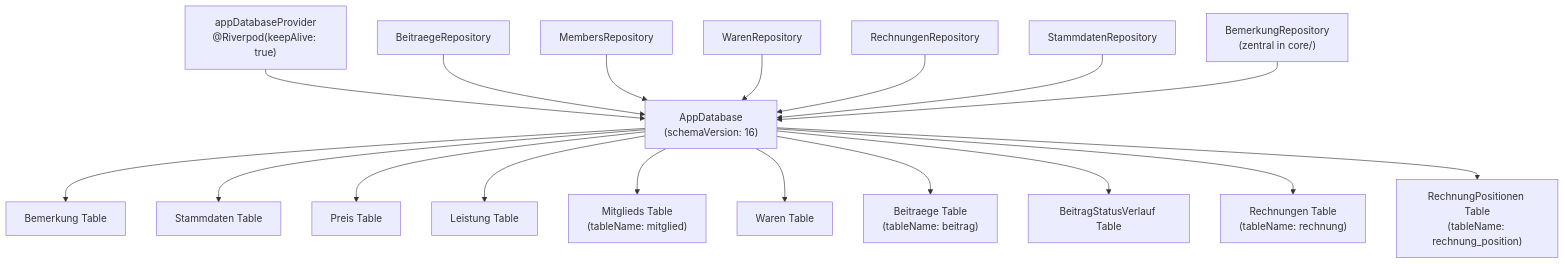
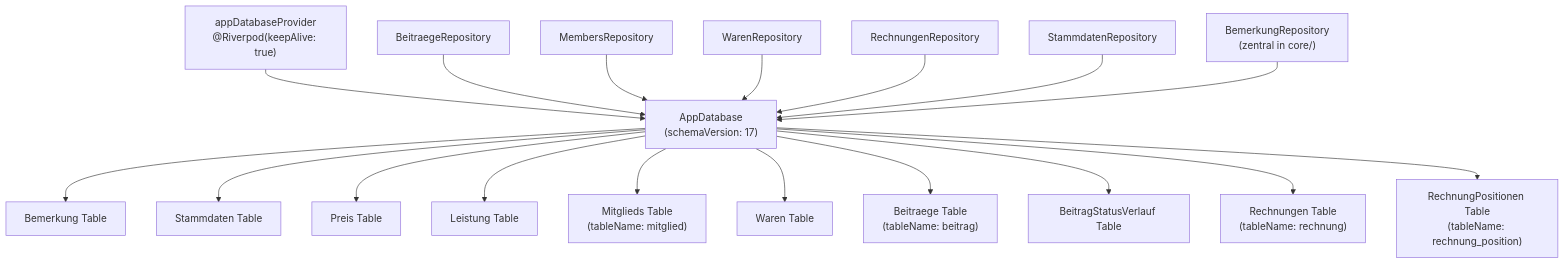
The third of 6 diagrams in plans/architektur-analyse.md (von-Platen-IT/clupdata), drawn with Mermaid before and after one commit. The commit also changed other lines of this file and 15 other files, not shown here.

````diff
--- a/plans/architektur-analyse.md
+++ b/plans/architektur-analyse.md
@@ -318,31 +330,31 @@
 ```mermaid
 flowchart TD
-    AppDB["AppDatabase<br/>(schemaVersion: 16)"]
+    AppDB["AppDatabase<br/>(schemaVersion: 17)"]
     AppDB --> BemerkungT["Bemerkung Table"]
     AppDB --> StammdatenT["Stammdaten Table"]
     AppDB --> PreisT["Preis Table"]
     AppDB --> LeistungT["Leistung Table"]
     AppDB --> MitgliedT["Mitglieds Table<br/>(tableName: mitglied)"]
     AppDB --> WarenT["Waren Table"]
     AppDB --> BeitraegeT["Beitraege Table<br/>(tableName: beitrag)"]
     AppDB --> BSVT["BeitragStatusVerlauf Table"]
     AppDB --> RechnungenT["Rechnungen Table<br/>(tableName: rechnung)"]
     AppDB --> RPT["RechnungPositionen Table<br/>(tableName: rechnung_position)"]
 
     DBProvider["appDatabaseProvider<br/>@Riverpod(keepAlive: true)"]
     DBProvider --> AppDB
 
     Repo1["BeitraegeRepository"]
     Repo2["MembersRepository"]
     Repo3["WarenRepository"]
     Repo4["RechnungenRepository"]
     Repo5["StammdatenRepository"]
     Repo6["BemerkungRepository<br/>(zentral in core/)"]
 
     Repo1 --> AppDB
     Repo2 --> AppDB
     Repo3 --> AppDB
     Repo4 --> AppDB
     Repo5 --> AppDB
     Repo6 --> AppDB
 ```
````
